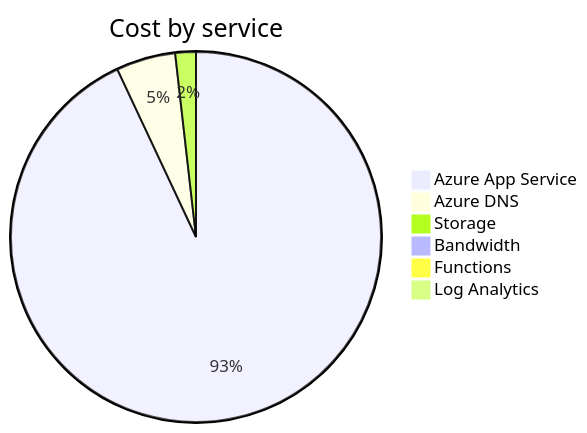
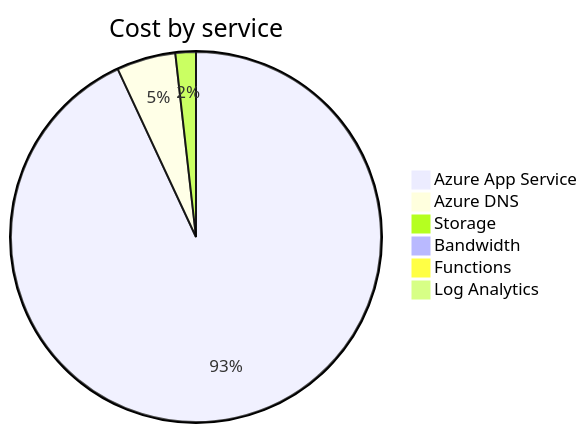
The second of 4 diagrams in cost-reports/accumulated-cost.md (jpfulton/azure-personal-reports), drawn with Mermaid before and after one commit. The commit also changed other lines of this file and 4 other files, not shown here.

````diff
--- a/cost-reports/accumulated-cost.md
+++ b/cost-reports/accumulated-cost.md
@@ -100,10 +100,10 @@
 ```mermaid
 pie
    title Cost by service
-   "Azure App Service" : 8.26
-   "Azure DNS" : 0.46
-   "Storage" : 0.16
+   "Azure App Service" : 8.85
+   "Azure DNS" : 0.49
+   "Storage" : 0.17
    "Bandwidth" : 0.00
    "Functions" : 0.00
    "Log Analytics" : 0.00
 ```
````
